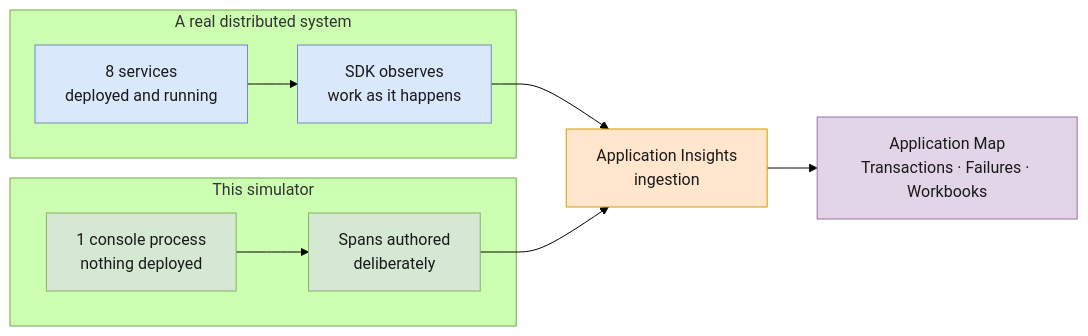
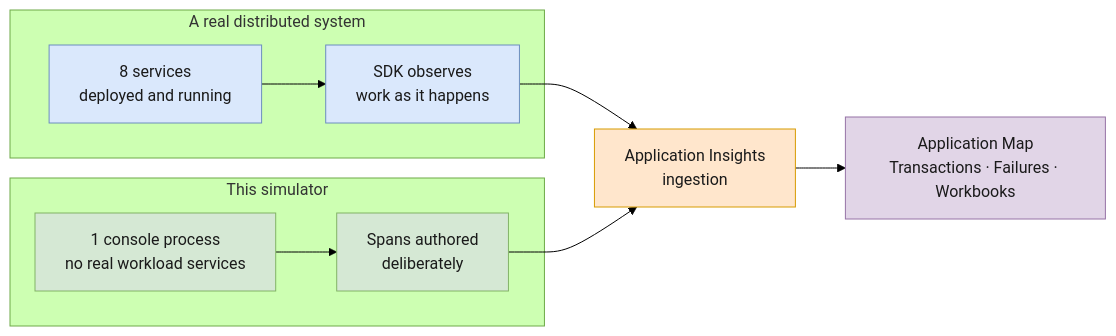
One commit to howardginsburg/Azure-AppInsights-and-AppCatalog-Demo changed the first of 9 diagrams in demo/simulator/ARCHITECTURE.md. Above: the diagram before and after it, drawn with Mermaid (forest theme). The commit also changed other lines of this file and 83 other files, not shown here.

````diff
--- a/demo/simulator/ARCHITECTURE.md
+++ b/demo/simulator/ARCHITECTURE.md
@@ -48,19 +49,19 @@
 ```mermaid
 flowchart LR
     subgraph real["A real distributed system"]
         R1["8 services<br/>deployed and running"] --> R2["SDK observes<br/>work as it happens"]
     end
     subgraph sim["This simulator"]
-        S1["1 console process<br/>nothing deployed"] --> S2["Spans authored<br/>deliberately"]
+        S1["1 console process<br/>no real workload services"] --> S2["Spans authored<br/>deliberately"]
     end
     R2 --> AI["Application Insights<br/>ingestion"]
     S2 --> AI
     AI --> MAP["Application Map<br/>Transactions · Failures · Workbooks"]
 
     style R1 fill:#dae8fc,stroke:#6c8ebf,color:#1a1a1a
     style R2 fill:#dae8fc,stroke:#6c8ebf,color:#1a1a1a
     style S1 fill:#d5e8d4,stroke:#82b366,color:#1a1a1a
     style S2 fill:#d5e8d4,stroke:#82b366,color:#1a1a1a
     style AI fill:#ffe6cc,stroke:#d79b00,color:#1a1a1a
     style MAP fill:#e1d5e7,stroke:#9673a6,color:#1a1a1a
 ```
````
